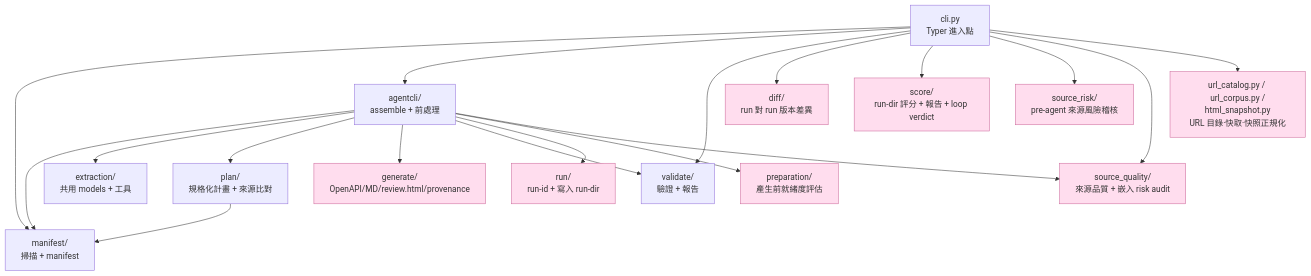
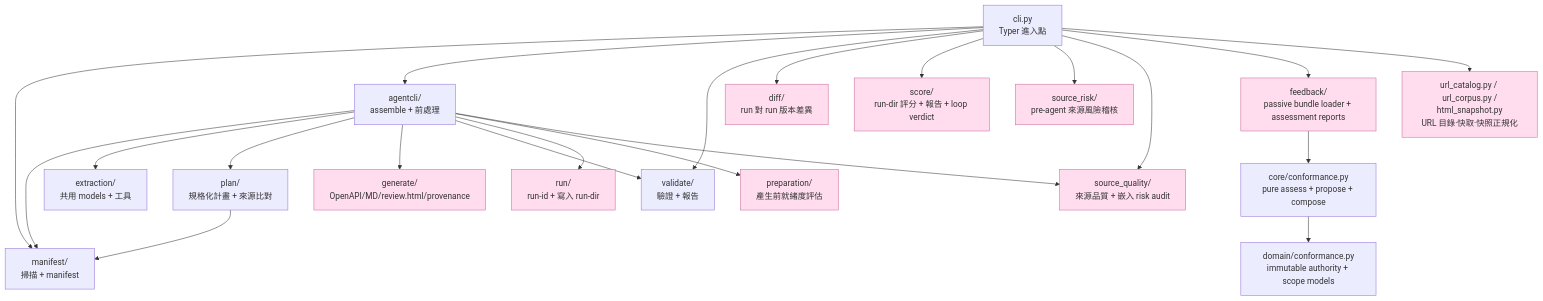
Before and after one commit to CarlLee1983/loop-apidoc: the second of 2 diagrams in docs/ARCHITECTURE.md, drawn with Mermaid. The commit also changed other lines of this file and 51 other files, not shown here.

````diff
--- a/docs/ARCHITECTURE.md
+++ b/docs/ARCHITECTURE.md
@@ -175,27 +286,30 @@
 ```mermaid
 flowchart TD
     cli[cli.py<br/>Typer 進入點]
 
     cli --> manifest[manifest/<br/>掃描 + manifest]
     cli --> agentcli[agentcli/<br/>assemble + 前處理]
     cli --> validate[validate/<br/>驗證 + 報告]
     cli --> diff[diff/<br/>run 對 run 版本差異]
     cli --> score[score/<br/>run-dir 評分 + 報告 + loop verdict]
     cli --> sourcerisk[source_risk/<br/>pre-agent 來源風險稽核]
     cli --> sourcequality[source_quality/<br/>來源品質 + 嵌入 risk audit]
+    cli --> feedback[feedback/<br/>passive bundle loader + assessment reports]
     cli --> urltools[url_catalog.py / url_corpus.py /<br/>html_snapshot.py<br/>URL 目錄·快取·快照正規化]
 
     agentcli --> manifest
     agentcli --> extraction[extraction/<br/>共用 models + 工具]
     agentcli --> plan[plan/<br/>規格化計畫 + 來源比對]
     agentcli --> generate[generate/<br/>OpenAPI/MD/review.html/provenance]
     agentcli --> validate
     agentcli --> run[run/<br/>run-id + 寫入 run-dir]
     agentcli --> preparation[preparation/<br/>產生前就緒度評估]
     agentcli --> sourcequality
+    feedback --> conformance[core/conformance.py<br/>pure assess + propose + compose]
+    conformance --> domain[domain/conformance.py<br/>immutable authority + scope models]
 
     plan --> manifest
 
     classDef io fill:#fde,stroke:#c69
-    class generate,run,diff,score,preparation,sourcerisk,sourcequality,urltools io
+    class generate,run,diff,score,preparation,sourcerisk,sourcequality,urltools,feedback io
 ```
````
